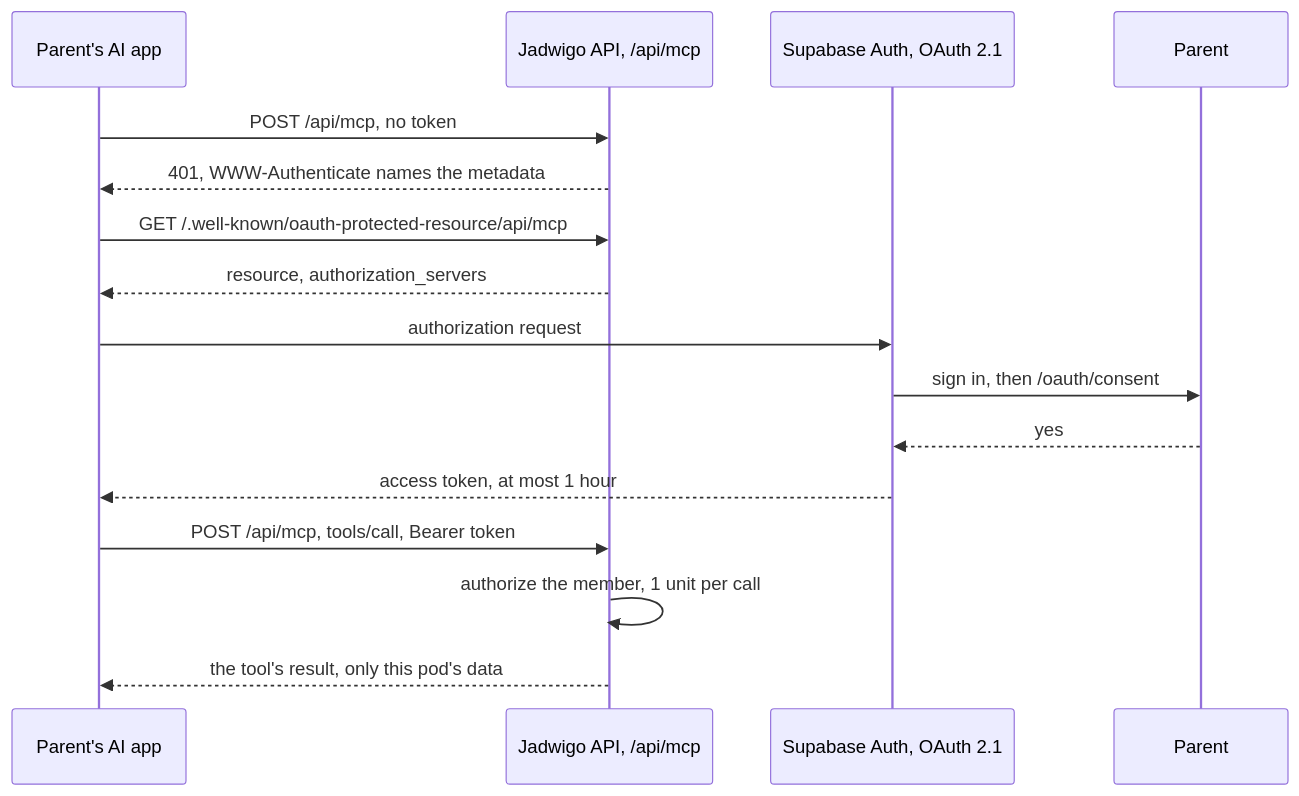
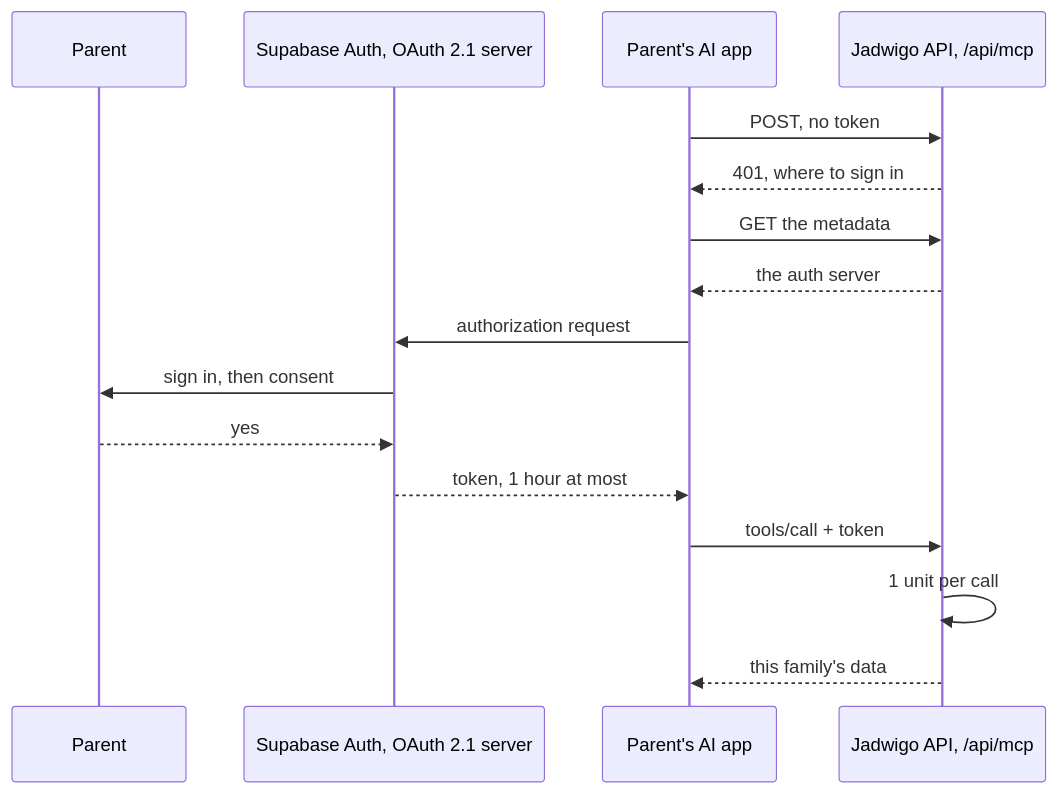
One commit to vasyl-stanislavchuk/jadwigo-hackathon changed the diagram in apps/docs/src/lib/diagrams/connect-your-ai.mmd. Above: the diagram before and after it, drawn with Mermaid. The commit also changed 69 other files, not shown here.

First line of the commit message:
dl-5ssh.90.53.20: architecture as a C4 ladder, every diagram redrawn in Medallion (#946)

```diff
--- a/apps/docs/src/lib/diagrams/connect-your-ai.mmd
+++ b/apps/docs/src/lib/diagrams/connect-your-ai.mmd
@@ -1,16 +1,16 @@
 sequenceDiagram
+  participant P as Parent
+  participant AUTH as Supabase Auth, OAuth 2.1 server
   participant AI as Parent's AI app
   participant API as Jadwigo API, /api/mcp
-  participant AUTH as Supabase Auth, OAuth 2.1
-  participant P as Parent
-  AI->>API: POST /api/mcp, no token
-  API-->>AI: 401, WWW-Authenticate names the metadata
-  AI->>API: GET /.well-known/oauth-protected-resource/api/mcp
-  API-->>AI: resource, authorization_servers
+  AI->>API: POST, no token
+  API-->>AI: 401, where to sign in
+  AI->>API: GET the metadata
+  API-->>AI: the auth server
   AI->>AUTH: authorization request
-  AUTH->>P: sign in, then /oauth/consent
+  AUTH->>P: sign in, then consent
   P-->>AUTH: yes
-  AUTH-->>AI: access token, at most 1 hour
-  AI->>API: POST /api/mcp, tools/call, Bearer token
-  API->>API: authorize the member, 1 unit per call
-  API-->>AI: the tool's result, only this pod's data
+  AUTH-->>AI: token, 1 hour at most
+  AI->>API: tools/call + token
+  API->>API: 1 unit per call
+  API-->>AI: this family's data
```
